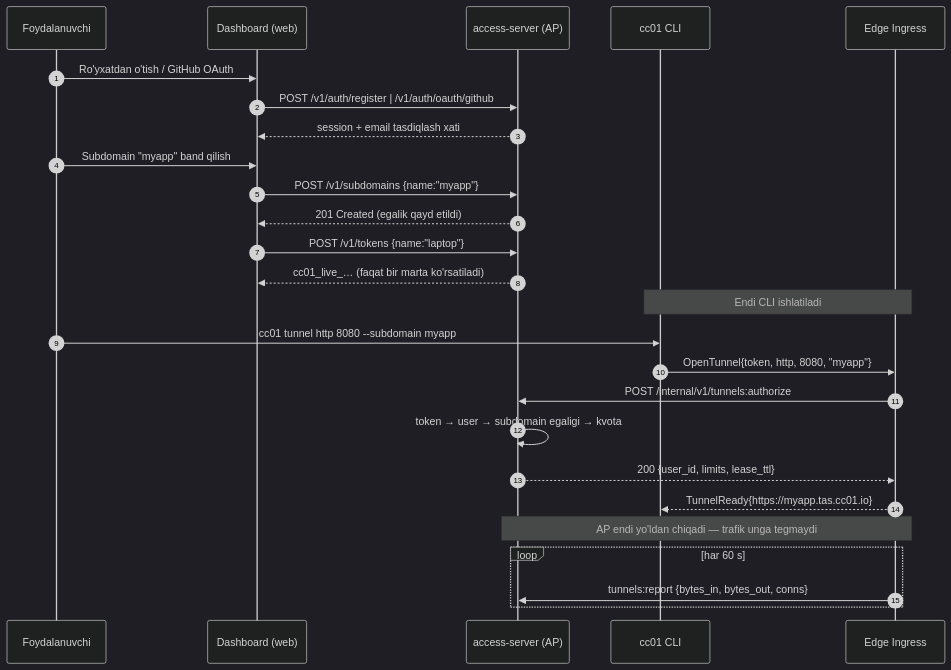
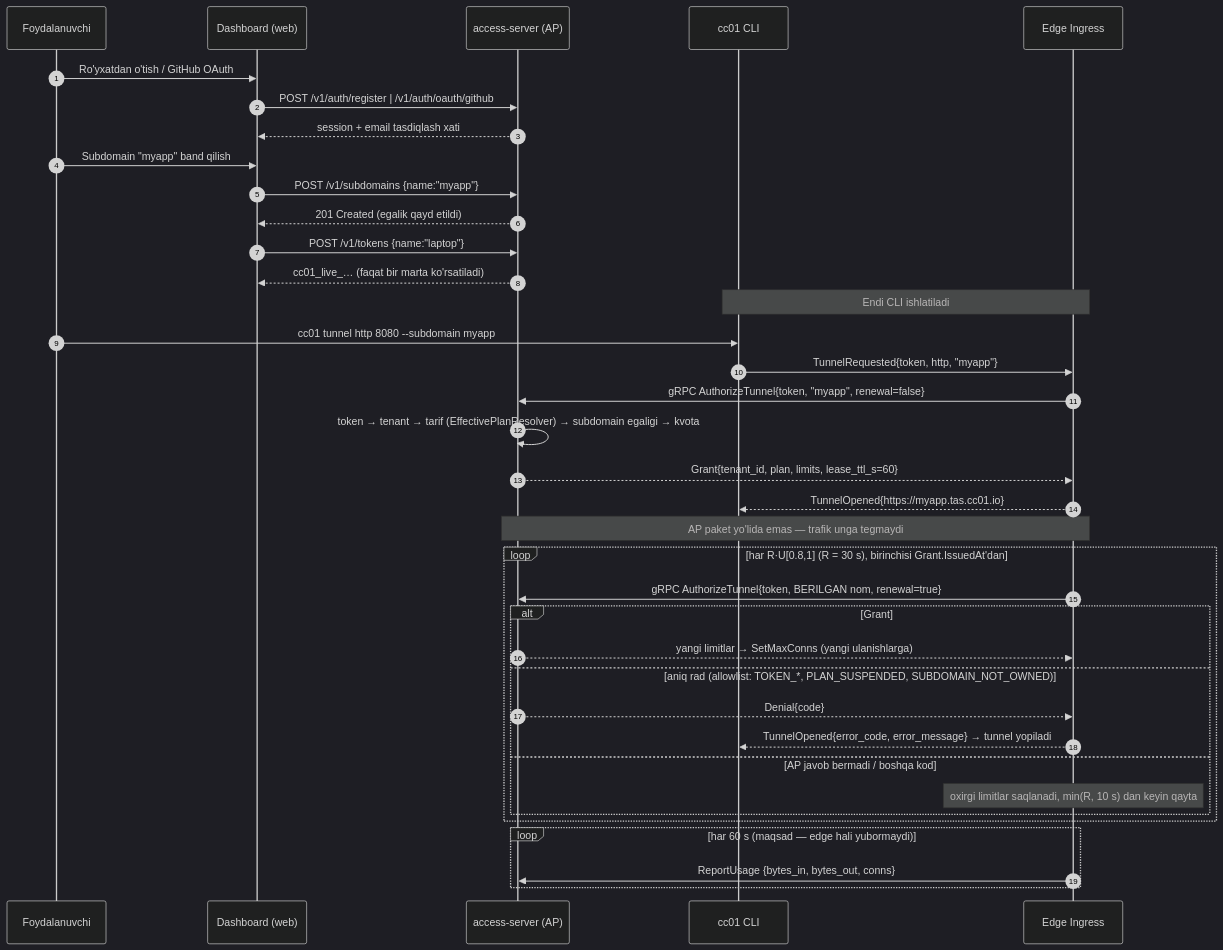
Before and after one commit to freco-dev/cc01: the second of 5 diagrams in docs/ARCHITECTURE.md, drawn with Mermaid (dark theme). The commit also changed other lines of this file and 4 other files, not shown here.

First line of the commit message:
docs: Faza 1 — Plan/Subscription ✅, plan-demo va tarif runbook'i

````diff
--- a/docs/ARCHITECTURE.md
+++ b/docs/ARCHITECTURE.md
@@ -709,30 +751,41 @@
 ```mermaid
 sequenceDiagram
     autonumber
     participant U as Foydalanuvchi
     participant W as Dashboard (web)
     participant A as access-server (AP)
     participant C as cc01 CLI
     participant E as Edge Ingress
 
     U->>W: Ro'yxatdan o'tish / GitHub OAuth
     W->>A: POST /v1/auth/register | /v1/auth/oauth/github
     A-->>W: session + email tasdiqlash xati
     U->>W: Subdomain "myapp" band qilish
     W->>A: POST /v1/subdomains {name:"myapp"}
     A-->>W: 201 Created (egalik qayd etildi)
     W->>A: POST /v1/tokens {name:"laptop"}
     A-->>W: cc01_live_… (faqat bir marta ko'rsatiladi)
 
     Note over C,E: Endi CLI ishlatiladi
     U->>C: cc01 tunnel http 8080 --subdomain myapp
-    C->>E: OpenTunnel{token, http, 8080, "myapp"}
-    E->>A: POST /internal/v1/tunnels:authorize
-    A->>A: token → user → subdomain egaligi → kvota
-    A-->>E: 200 {user_id, limits, lease_ttl}
-    E-->>C: TunnelReady{https://myapp.tas.cc01.io}
-    Note over E,A: AP endi yo'ldan chiqadi — trafik unga tegmaydi
-    loop har 60 s
-        E->>A: tunnels:report {bytes_in, bytes_out, conns}
+    C->>E: TunnelRequested{token, http, "myapp"}
+    E->>A: gRPC AuthorizeTunnel{token, "myapp", renewal=false}
+    A->>A: token → tenant → tarif (EffectivePlanResolver) → subdomain egaligi → kvota
+    A-->>E: Grant{tenant_id, plan, limits, lease_ttl_s=60}
+    E-->>C: TunnelOpened{https://myapp.tas.cc01.io}
+    Note over E,A: AP paket yo'lida emas — trafik unga tegmaydi
+    loop har R·U[0.8,1] (R = 30 s), birinchisi Grant.IssuedAt'dan
+        E->>A: gRPC AuthorizeTunnel{token, BERILGAN nom, renewal=true}
+        alt Grant
+            A-->>E: yangi limitlar → SetMaxConns (yangi ulanishlarga)
+        else aniq rad (allowlist: TOKEN_*, PLAN_SUSPENDED, SUBDOMAIN_NOT_OWNED)
+            A-->>E: Denial{code}
+            E-->>C: TunnelOpened{error_code, error_message} → tunnel yopiladi
+        else AP javob bermadi / boshqa kod
+            Note over E: oxirgi limitlar saqlanadi, min(R, 10 s) dan keyin qayta
+        end
+    end
+    loop har 60 s (maqsad — edge hali yubormaydi)
+        E->>A: ReportUsage {bytes_in, bytes_out, conns}
     end
 ```
````
